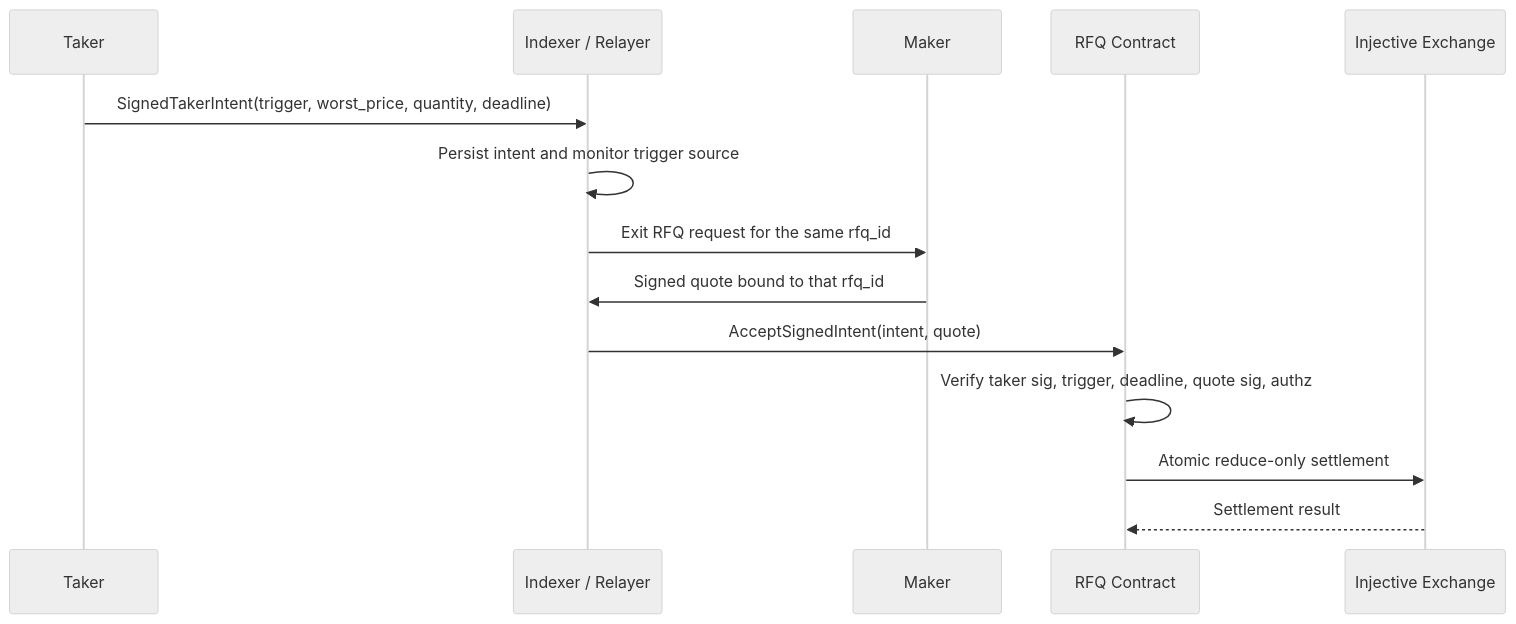
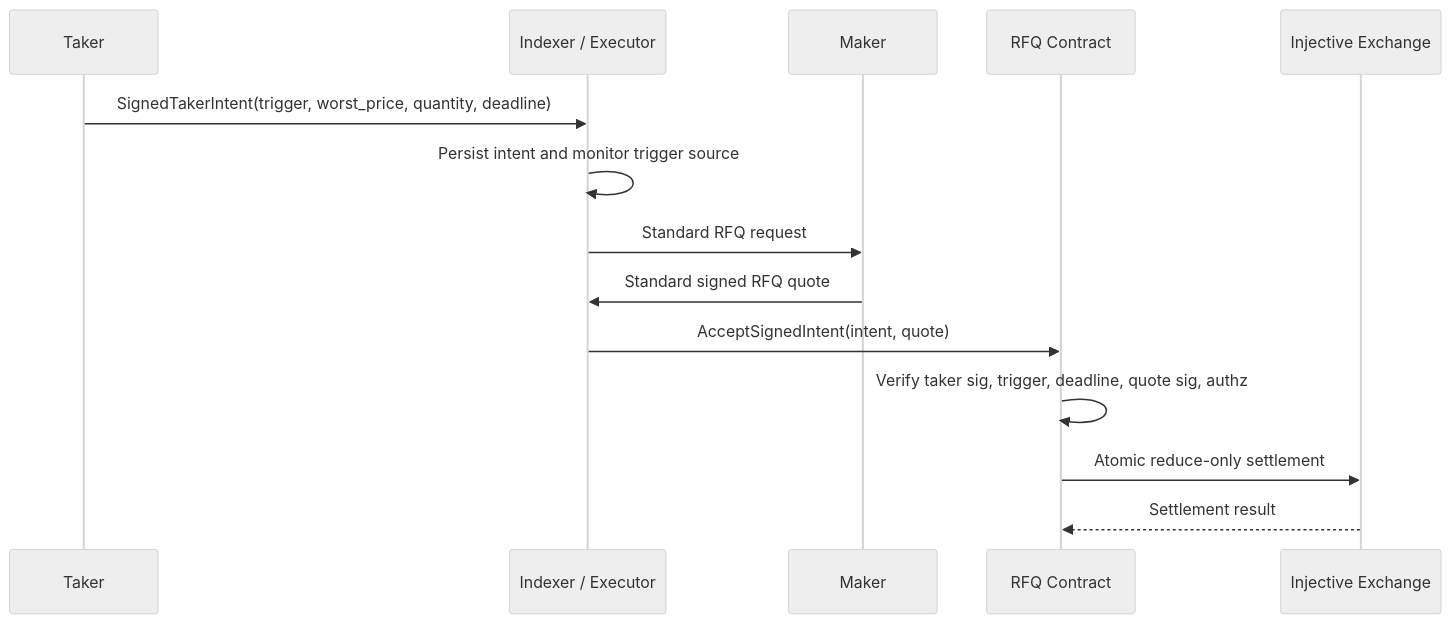
One commit to TrueCurrent/truecurrent-docs changed the second of 2 diagrams in mintlify/sdk-trading/protocol-reference.md. Above: the diagram before and after it, drawn with Mermaid (neutral theme). The commit also changed other lines of this file and 32 other files, not shown here.

Commit message:
docs: clarify TP/SL maker flow

````diff
--- a/mintlify/sdk-trading/protocol-reference.md
+++ b/mintlify/sdk-trading/protocol-reference.md
@@ -63,17 +63,17 @@
 ```mermaid
 sequenceDiagram
     participant Taker
-    participant Indexer as Indexer / Relayer
+    participant Indexer as Indexer / Executor
     participant Maker
     participant Contract as RFQ Contract
     participant Exchange as Injective Exchange
 
     Taker->>Indexer: SignedTakerIntent(trigger, worst_price, quantity, deadline)
     Indexer->>Indexer: Persist intent and monitor trigger source
-    Indexer->>Maker: Exit RFQ request for the same rfq_id
-    Maker->>Indexer: Signed quote bound to that rfq_id
+    Indexer->>Maker: Standard RFQ request
+    Maker->>Indexer: Standard signed RFQ quote
     Indexer->>Contract: AcceptSignedIntent(intent, quote)
     Contract->>Contract: Verify taker sig, trigger, deadline, quote sig, authz
     Contract->>Exchange: Atomic reduce-only settlement
     Exchange-->>Contract: Settlement result
 ```
````
